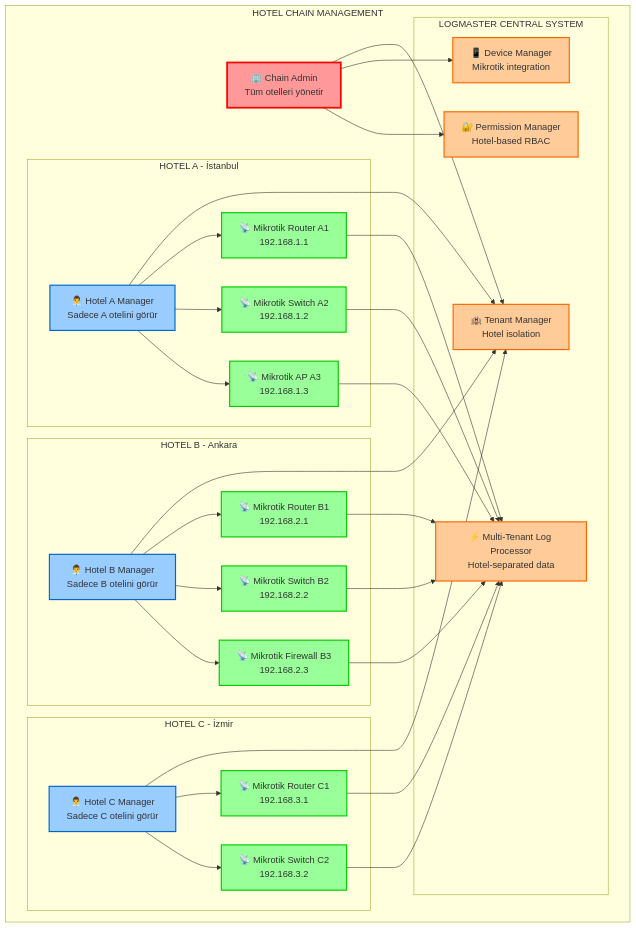
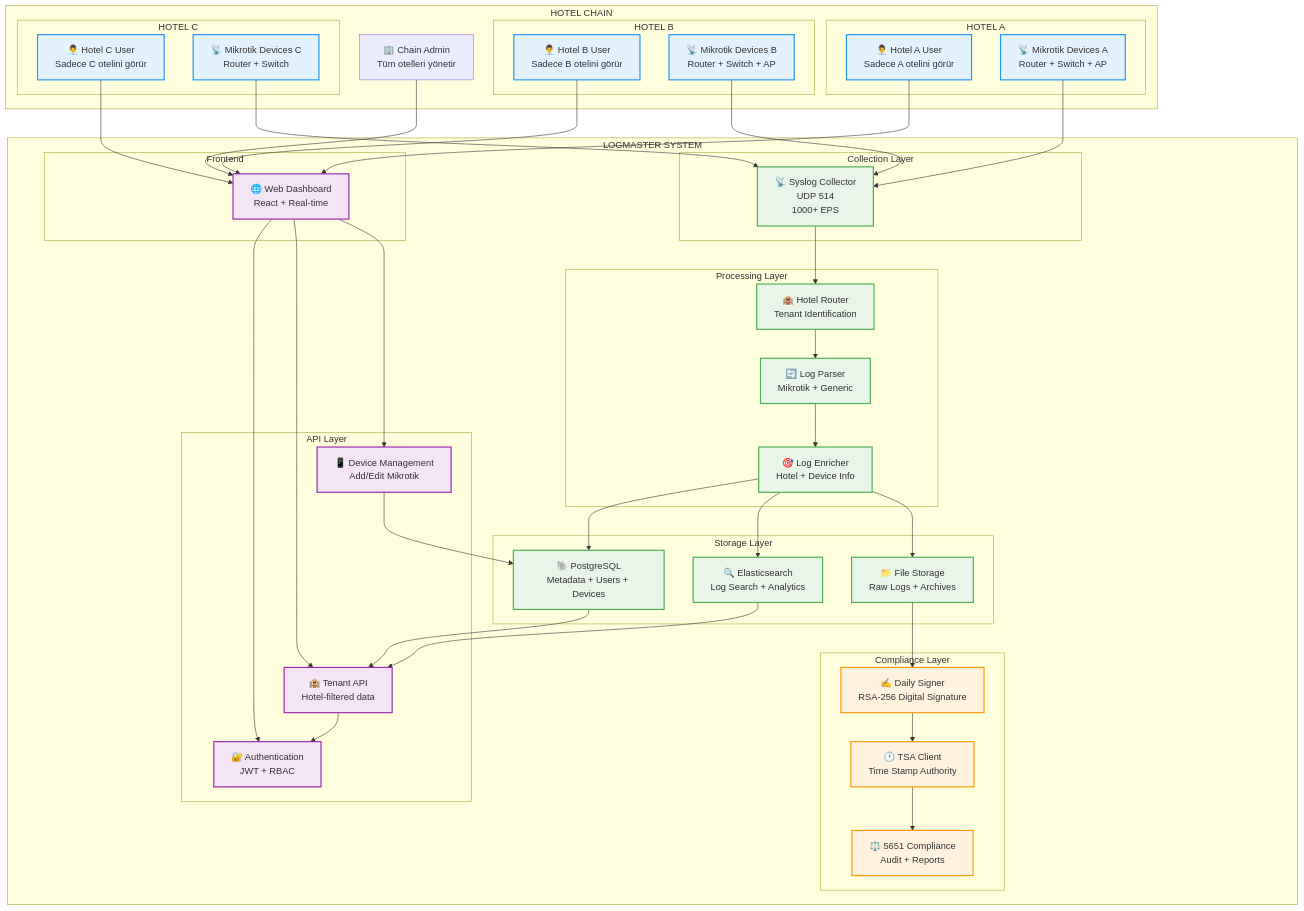
One commit to ozkanguner/logmaster changed the diagram in docs/architecture/system-overview.md. Above: the diagram before and after it, drawn with Mermaid. The commit also changed other lines of this file and 3 other files, not shown here.

Commit message:
🔄 COMPLETE ARCHITECTURE REWRITE: Clean Multi-Tenant Design

````diff
--- a/docs/architecture/system-overview.md
+++ b/docs/architecture/system-overview.md
@@ -1532,75 +11,101 @@
 ```mermaid
 graph TB
-    subgraph "HOTEL CHAIN MANAGEMENT"
-        ADMIN["🏢 Chain Admin<br/>Tüm otelleri yönetir"]
+    subgraph "HOTEL CHAIN"
+        CHAIN_ADMIN["🏢 Chain Admin<br/>Tüm otelleri yönetir"]
         
-        subgraph "HOTEL A - İstanbul"
-            USER_A["👨‍💼 Hotel A Manager<br/>Sadece A otelini görür"]
-            MIKROTIK_A1["📡 Mikrotik Router A1<br/>192.168.1.1"]
-            MIKROTIK_A2["📡 Mikrotik Switch A2<br/>192.168.1.2"]
-            MIKROTIK_A3["📡 Mikrotik AP A3<br/>192.168.1.3"]
+        subgraph "HOTEL A"
+            HOTEL_A_USER["👨‍💼 Hotel A User<br/>Sadece A otelini görür"]
+            MIKROTIK_A["📡 Mikrotik Devices A<br/>Router + Switch + AP"]
         end
         
-        subgraph "HOTEL B - Ankara"
-            USER_B["👨‍💼 Hotel B Manager<br/>Sadece B otelini görür"]
-            MIKROTIK_B1["📡 Mikrotik Router B1<br/>192.168.2.1"]
-            MIKROTIK_B2["📡 Mikrotik Switch B2<br/>192.168.2.2"]
-            MIKROTIK_B3["📡 Mikrotik Firewall B3<br/>192.168.2.3"]
+        subgraph "HOTEL B"
+            HOTEL_B_USER["👨‍💼 Hotel B User<br/>Sadece B otelini görür"]
+            MIKROTIK_B["📡 Mikrotik Devices B<br/>Router + Switch + AP"]
         end
         
-        subgraph "HOTEL C - İzmir"
-            USER_C["👨‍💼 Hotel C Manager<br/>Sadece C otelini görür"]
-            MIKROTIK_C1["📡 Mikrotik Router C1<br/>192.168.3.1"]
-            MIKROTIK_C2["📡 Mikrotik Switch C2<br/>192.168.3.2"]
-        end
-        
-        subgraph "LOGMASTER CENTRAL SYSTEM"
-            TENANT_MGR["🏨 Tenant Manager<br/>Hotel isolation"]
-            DEVICE_MGR["📱 Device Manager<br/>Mikrotik integration"]
-            PERMISSION_MGR["🔐 Permission Manager<br/>Hotel-based RBAC"]
-            LOG_PROCESSOR["⚡ Multi-Tenant Log Processor<br/>Hotel-separated data"]
+        subgraph "HOTEL C"
+            HOTEL_C_USER["👨‍💼 Hotel C User<br/>Sadece C otelini görür"]
+            MIKROTIK_C["📡 Mikrotik Devices C<br/>Router + Switch"]
         end
     end
     
-    %% Admin connections
-    ADMIN --> TENANT_MGR
-    ADMIN --> DEVICE_MGR
-    ADMIN --> PERMISSION_MGR
+    subgraph "LOGMASTER SYSTEM"
+        subgraph "Collection Layer"
+            SYSLOG["📡 Syslog Collector<br/>UDP 514<br/>1000+ EPS"]
+        end
+        
+        subgraph "Processing Layer"
+            HOTEL_ROUTER["🏨 Hotel Router<br/>Tenant Identification"]
+            LOG_PARSER["🔄 Log Parser<br/>Mikrotik + Generic"]
+            ENRICHER["🎯 Log Enricher<br/>Hotel + Device Info"]
+        end
+        
+        subgraph "Storage Layer"
+            POSTGRES["🐘 PostgreSQL<br/>Metadata + Users + Devices"]
+            ELASTICSEARCH["🔍 Elasticsearch<br/>Log Search + Analytics"]
+            FILES["📁 File Storage<br/>Raw Logs + Archives"]
+        end
+        
+        subgraph "Compliance Layer"
+            DAILY_SIGNER["✍️ Daily Signer<br/>RSA-256 Digital Signature"]
+            TSA_CLIENT["🕐 TSA Client<br/>Time Stamp Authority"]
+            COMPLIANCE_ENGINE["⚖️ 5651 Compliance<br/>Audit + Reports"]
+        end
+        
+        subgraph "API Layer"
+            AUTH_API["🔐 Authentication<br/>JWT + RBAC"]
+            TENANT_API["🏨 Tenant API<br/>Hotel-filtered data"]
+            DEVICE_API["📱 Device Management<br/>Add/Edit Mikrotik"]
+        end
+        
+        subgraph "Frontend"
+            WEB_DASHBOARD["🌐 Web Dashboard<br/>React + Real-time"]
+        end
+    end
     
-    %% Hotel manager connections
-    USER_A --> TENANT_MGR
-    USER_B --> TENANT_MGR
-    USER_C --> TENANT_MGR
+    %% Device Connections
+    MIKROTIK_A --> SYSLOG
+    MIKROTIK_B --> SYSLOG
+    MIKROTIK_C --> SYSLOG
     
-    %% Device connections to their hotel managers
-    USER_A --> MIKROTIK_A1
-    USER_A --> MIKROTIK_A2
-    USER_A --> MIKROTIK_A3
+    %% Processing Flow
+    SYSLOG --> HOTEL_ROUTER
+    HOTEL_ROUTER --> LOG_PARSER
+    LOG_PARSER --> ENRICHER
     
-    USER_B --> MIKROTIK_B1
-    USER_B --> MIKROTIK_B2
-    USER_B --> MIKROTIK_B3
+    %% Storage
+    ENRICHER --> POSTGRES
+    ENRICHER --> ELASTICSEARCH
+    ENRICHER --> FILES
     
-    USER_C --> MIKROTIK_C1
-    USER_C --> MIKROTIK_C2
+    %% Compliance
+    FILES --> DAILY_SIGNER
+    DAILY_SIGNER --> TSA_CLIENT
+    TSA_CLIENT --> COMPLIANCE_ENGINE
     
-    %% All Mikrotik devices send logs to central processor
-    MIKROTIK_A1 --> LOG_PROCESSOR
-    MIKROTIK_A2 --> LOG_PROCESSOR
-    MIKROTIK_A3 --> LOG_PROCESSOR
-    MIKROTIK_B1 --> LOG_PROCESSOR
-    MIKROTIK_B2 --> LOG_PROCESSOR
-    MIKROTIK_B3 --> LOG_PROCESSOR
-    MIKROTIK_C1 --> LOG_PROCESSOR
-    MIKROTIK_C2 --> LOG_PROCESSOR
+    %% API Access
+    POSTGRES --> TENANT_API
+    ELASTICSEARCH --> TENANT_API
+    TENANT_API --> AUTH_API
+    DEVICE_API --> POSTGRES
     
-    classDef admin fill:#ff9999,stroke:#ff0000,stroke-width:3px
-    classDef hotelUser fill:#99ccff,stroke:#0066cc,stroke-width:2px
-    classDef mikrotik fill:#99ff99,stroke:#00cc00,stroke-width:2px
-    classDef system fill:#ffcc99,stroke:#ff6600,stroke-width:2px
+    %% User Access
+    CHAIN_ADMIN --> WEB_DASHBOARD
+    HOTEL_A_USER --> WEB_DASHBOARD
+    HOTEL_B_USER --> WEB_DASHBOARD
+    HOTEL_C_USER --> WEB_DASHBOARD
     
-    class ADMIN admin
-    class USER_A,USER_B,USER_C hotelUser
-    class MIKROTIK_A1,MIKROTIK_A2,MIKROTIK_A3,MIKROTIK_B1,MIKROTIK_B2,MIKROTIK_B3,MIKROTIK_C1,MIKROTIK_C2 mikrotik
-    class TENANT_MGR,DEVICE_MGR,PERMISSION_MGR,LOG_PROCESSOR system
+    WEB_DASHBOARD --> AUTH_API
+    WEB_DASHBOARD --> TENANT_API
+    WEB_DASHBOARD --> DEVICE_API
+    
+    classDef hotel fill:#e3f2fd,stroke:#2196f3,stroke-width:2px
+    classDef system fill:#e8f5e8,stroke:#4caf50,stroke-width:2px
+    classDef compliance fill:#fff3e0,stroke:#ff9800,stroke-width:2px
+    classDef api fill:#f3e5f5,stroke:#9c27b0,stroke-width:2px
+    
+    class MIKROTIK_A,MIKROTIK_B,MIKROTIK_C,HOTEL_A_USER,HOTEL_B_USER,HOTEL_C_USER hotel
+    class SYSLOG,HOTEL_ROUTER,LOG_PARSER,ENRICHER,POSTGRES,ELASTICSEARCH,FILES system
+    class DAILY_SIGNER,TSA_CLIENT,COMPLIANCE_ENGINE compliance
+    class AUTH_API,TENANT_API,DEVICE_API,WEB_DASHBOARD api
 ```
````
